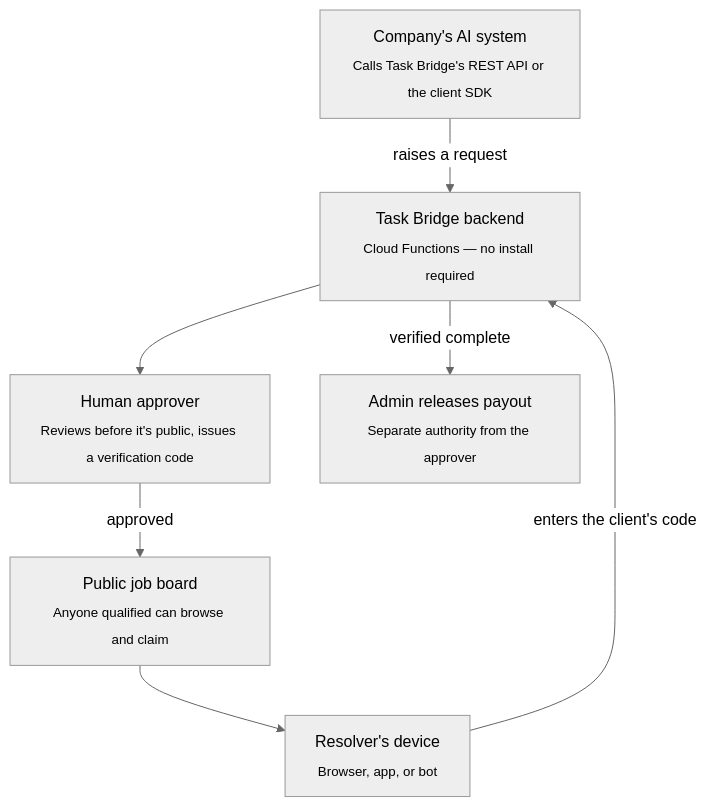
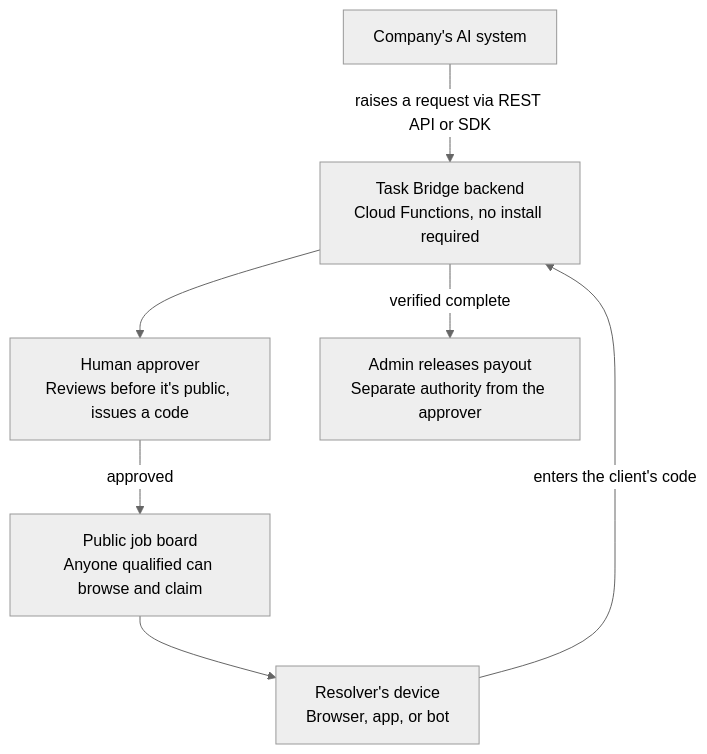
The diagram in README.md (Jotto1988/task-bridge), drawn with Mermaid (neutral theme) before and after one commit. The commit also changed other lines of this file, not shown here.

Commit message:
Revise flowchart and text in README
Updated flowchart in README to improve clarity and consistency.

````diff
--- a/README.md
+++ b/README.md
@@ -39,9 +41,9 @@
 ```mermaid
 flowchart TD
-    A["Company's AI system<br><sub>Calls Task Bridge's REST API or the client SDK</sub>"] -->|raises a request| B["Task Bridge backend<br><sub>Cloud Functions — no install required</sub>"]
-    B --> C["Human approver<br><sub>Reviews before it's public, issues a verification code</sub>"]
-    C -->|approved| D["Public job board<br><sub>Anyone qualified can browse and claim</sub>"]
-    D --> E["Resolver's device<br><sub>Browser, app, or bot</sub>"]
+    A["Company's AI system"] -->|raises a request via REST API or SDK| B["Task Bridge backend<br/>Cloud Functions, no install required"]
+    B --> C["Human approver<br/>Reviews before it's public, issues a code"]
+    C -->|approved| D["Public job board<br/>Anyone qualified can browse and claim"]
+    D --> E["Resolver's device<br/>Browser, app, or bot"]
     E -->|enters the client's code| B
-    B -->|verified complete| F["Admin releases payout<br><sub>Separate authority from the approver</sub>"]
+    B -->|verified complete| F["Admin releases payout<br/>Separate authority from the approver"]
 ```
````
